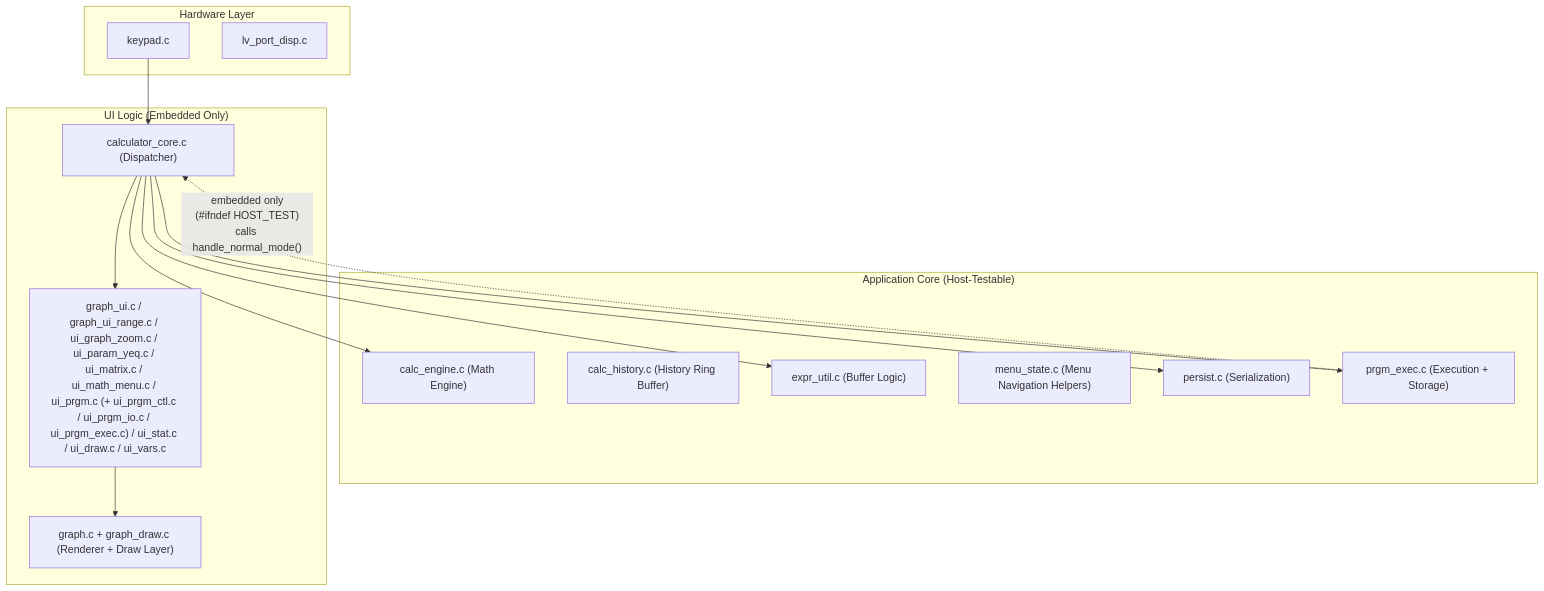
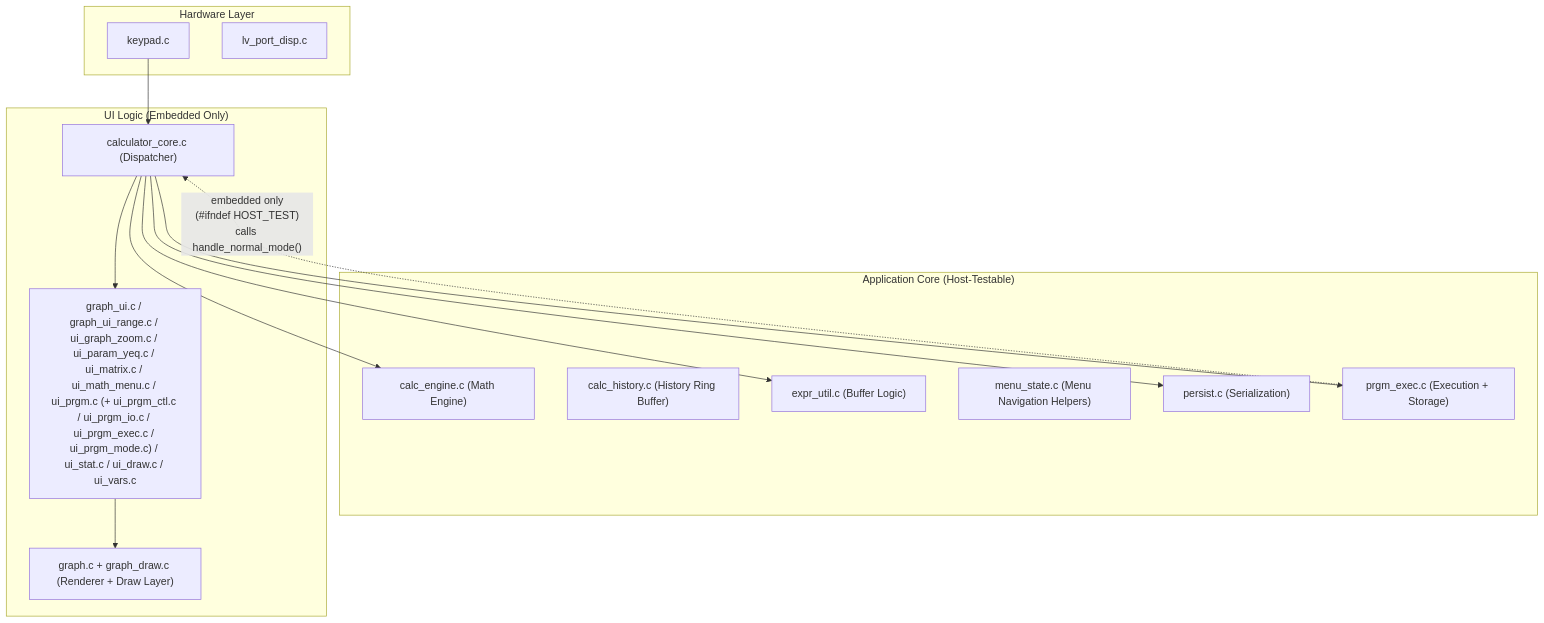
The second of 2 diagrams in docs/ARCHITECTURE.md (mndxc/STM32F429-TI81-Calculator), drawn with Mermaid before and after one commit. The commit also changed 13 other files, not shown here.

First line of the commit message:
feat: PRGM MODE commands (NUMBER/GRAPH tabs) + matrix row-op menu

````diff
--- a/docs/ARCHITECTURE.md
+++ b/docs/ARCHITECTURE.md
@@ -47,31 +47,31 @@
 ```mermaid
 graph TD
     subgraph "Hardware Layer"
         HW_K["keypad.c"]
         HW_D["lv_port_disp.c"]
     end
 
     subgraph "Application Core (Host-Testable)"
         CE["calc_engine.c (Math Engine)"]
         CH["calc_history.c (History Ring Buffer)"]
         EU["expr_util.c (Buffer Logic)"]
         MS["menu_state.c (Menu Navigation Helpers)"]
         PE["persist.c (Serialization)"]
         PRE["prgm_exec.c (Execution + Storage)"]
     end
 
     subgraph "UI Logic (Embedded Only)"
         CC["calculator_core.c (Dispatcher)"]
-        GUI["graph_ui.c / graph_ui_range.c / ui_graph_zoom.c / ui_param_yeq.c / ui_matrix.c / ui_math_menu.c / ui_prgm.c (+ ui_prgm_ctl.c / ui_prgm_io.c / ui_prgm_exec.c) / ui_stat.c / ui_draw.c / ui_vars.c"]
+        GUI["graph_ui.c / graph_ui_range.c / ui_graph_zoom.c / ui_param_yeq.c / ui_matrix.c / ui_math_menu.c / ui_prgm.c (+ ui_prgm_ctl.c / ui_prgm_io.c / ui_prgm_exec.c / ui_prgm_mode.c) / ui_stat.c / ui_draw.c / ui_vars.c"]
         G["graph.c + graph_draw.c (Renderer + Draw Layer)"]
     end
 
     HW_K --> CC
     CC --> GUI
     CC --> CE
     CC --> EU
     CC --> PE
     CC --> PRE
     GUI --> G
     PRE -. "embedded only\n(#ifndef HOST_TEST)\ncalls handle_normal_mode()" .-> CC
 ```
````
